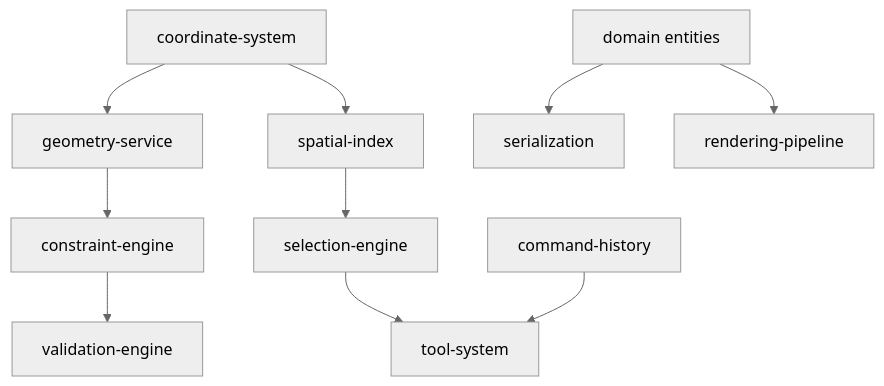
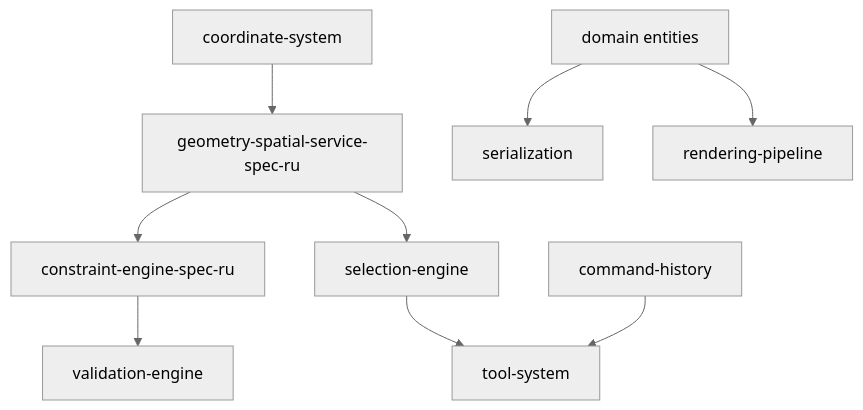
One commit to H4V1K-dev/axicor_enterprise changed the diagram in AxiCAD/docs/INDEX.md. Above: the diagram before and after it, drawn with Mermaid (neutral theme). The commit also changed other lines of this file and 3 other files, not shown here.

````diff
--- a/AxiCAD/docs/INDEX.md
+++ b/AxiCAD/docs/INDEX.md
@@ -111,12 +112,11 @@
 ```mermaid
 graph TD
-    CS[coordinate-system] --> GS[geometry-service]
-    CS --> SI[spatial-index]
-    GS --> CE[constraint-engine]
+    CS[coordinate-system] --> GSS[geometry-spatial-service-spec-ru]
+    GSS --> CE[constraint-engine-spec-ru]
     CE --> VE[validation-engine]
-    SI --> SE[selection-engine]
+    GSS --> SE[selection-engine]
     SE --> TS[tool-system]
     CH[command-history] --> TS
     DOM[domain entities] --> SER[serialization]
     DOM --> RP[rendering-pipeline]
 ```
````
